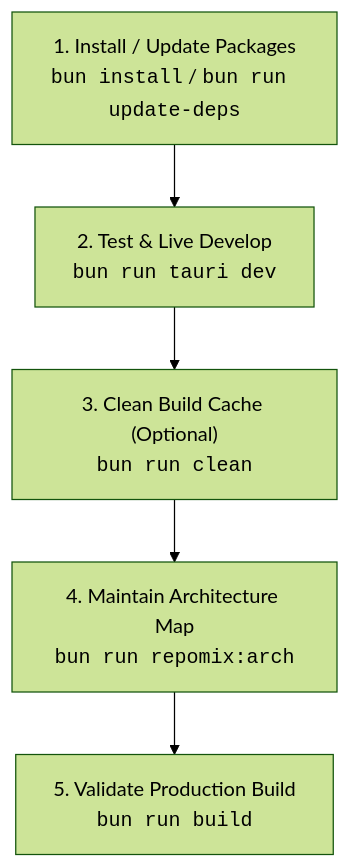
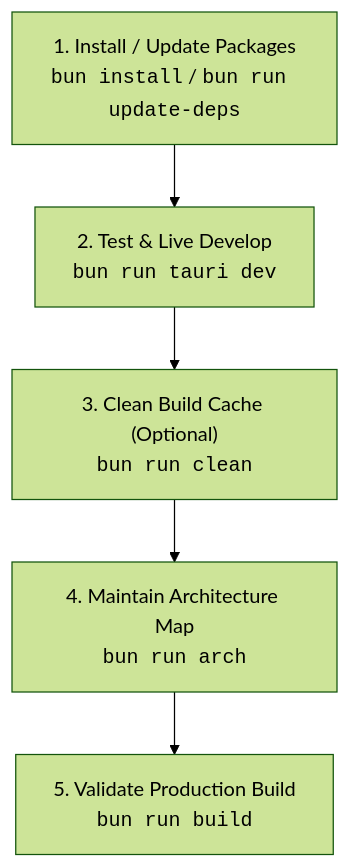
One commit to NairoDorian/Minimalistic_App changed the diagram in README.md. Above: the diagram before and after it, drawn with Mermaid (forest theme). The commit also changed other lines of this file and 24 other files, not shown here.

````diff
--- a/README.md
+++ b/README.md
@@ -25,7 +25,7 @@
 ```mermaid
 graph TD
     A["1. Install / Update Packages<br><code>bun install</code> / <code>bun run update-deps</code>"] --> B["2. Test & Live Develop<br><code>bun run tauri dev</code>"]
     B --> C["3. Clean Build Cache (Optional)<br><code>bun run clean</code>"]
-    C --> D["4. Maintain Architecture Map<br><code>bun run repomix:arch</code>"]
+    C --> D["4. Maintain Architecture Map<br><code>bun run arch</code>"]
     D --> E["5. Validate Production Build<br><code>bun run build</code>"]
 ```
````
